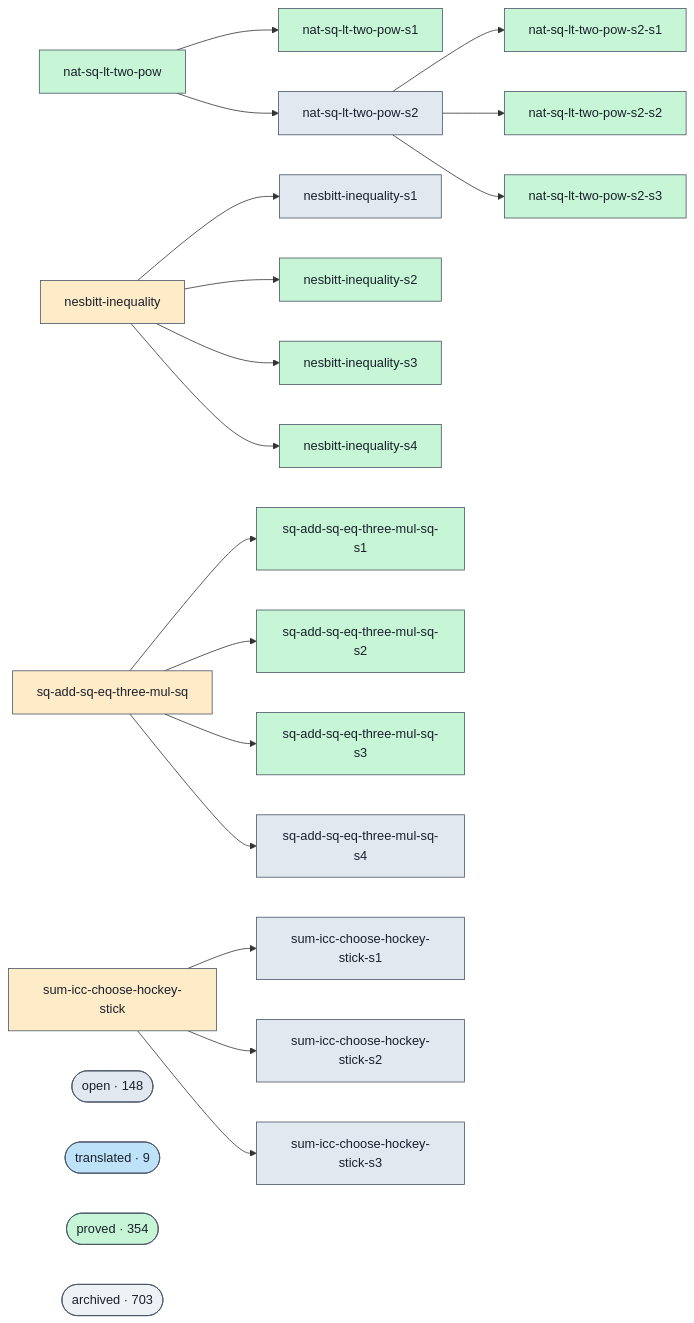
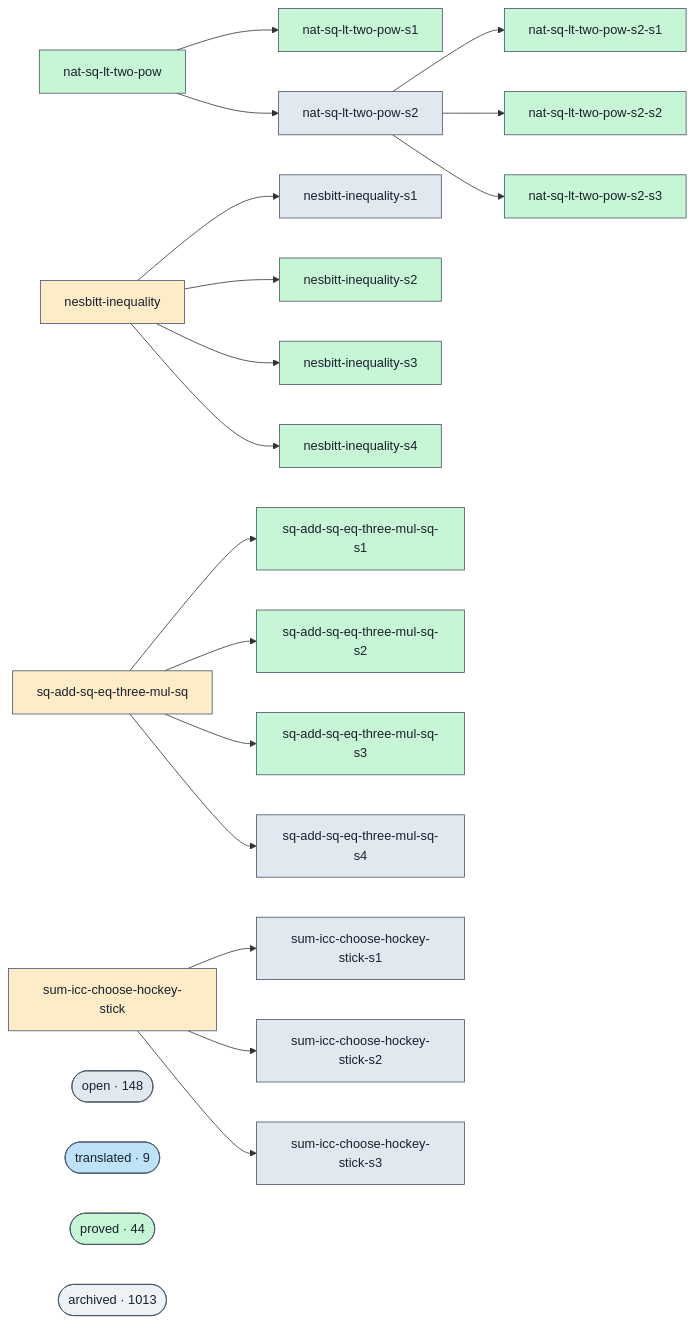
Before and after one commit to ohdearquant/unsorry: the diagram in docs/proofs-contributors-visualisation.md, drawn with Mermaid. The commit also changed other lines of this file and 2 other files, not shown here.

````diff
--- a/docs/proofs-contributors-visualisation.md
+++ b/docs/proofs-contributors-visualisation.md
@@ -102,8 +102,8 @@
   class cluster_open open;
   cluster_translated(["translated · 9"])
   class cluster_translated translated;
-  cluster_proved(["proved · 354"])
+  cluster_proved(["proved · 44"])
   class cluster_proved proved;
-  cluster_archived(["archived · 703"])
+  cluster_archived(["archived · 1013"])
   class cluster_archived unknown;
 ```
````
